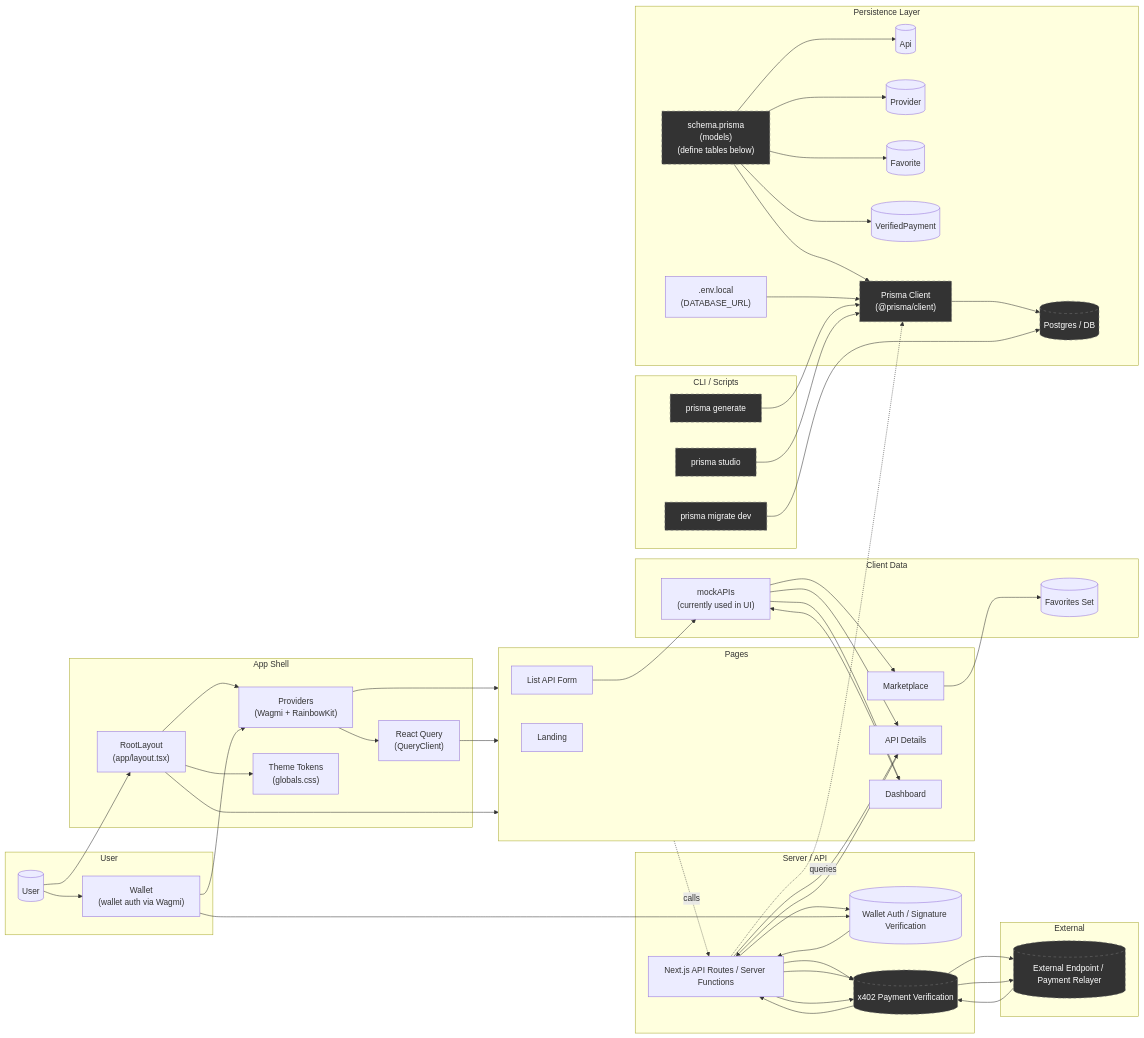
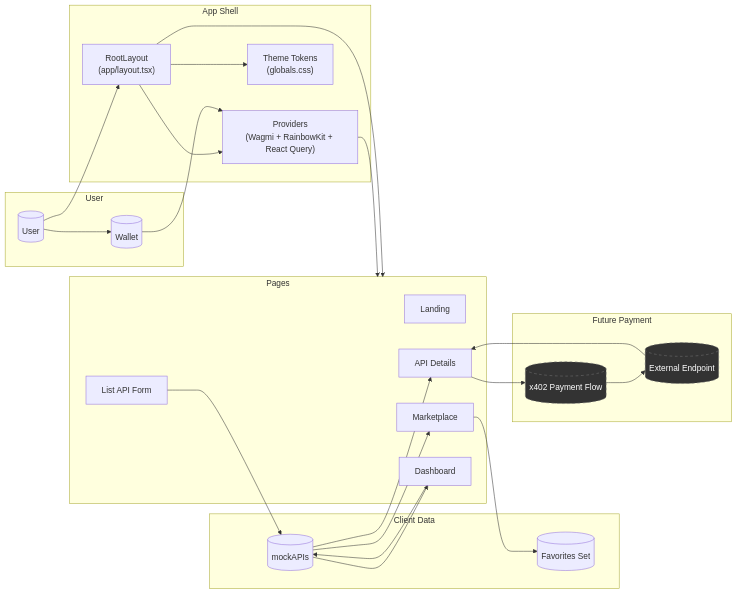
Before and after one commit to Yap101/Furo-MiniFYP: the diagram in proposal/architecture.mmd, drawn with Mermaid.

Commit message:
do old one

```diff
--- a/proposal/architecture.mmd
+++ b/proposal/architecture.mmd
@@ -1,104 +1,56 @@
 flowchart LR
-  %% Updated architecture with explicit Server/API layer, React Query, and models
-  %% Left-to-right layout for clarity
+  %% Simplified Data Flow for Furo API Marketplace
+  %% Orientation Left->Right to reduce crossings
 
   subgraph UserLayer[User]
     User[(User)]
-    Wallet["Wallet\n(wallet auth via Wagmi)"]
+    Wallet[(Wallet)]
     User --> Wallet
   end
 
   subgraph AppShell[App Shell]
     RootLayout["RootLayout\n(app/layout.tsx)"]
-    Providers["Providers\n(Wagmi + RainbowKit)"]
-    QueryClient["React Query\n(QueryClient)"]
+    Providers["Providers\n(Wagmi + RainbowKit + React Query)"]
     Theme["Theme Tokens\n(globals.css)"]
     RootLayout --> Providers
-    Providers --> QueryClient
     RootLayout --> Theme
   end
 
   subgraph Pages[Pages]
     Landing[Landing]
     Marketplace[Marketplace]
     API[API Details]
     ListAPI[List API Form]
     Dashboard[Dashboard]
   end
 
-  subgraph ClientState[Client Data]
-    MockAPIs["mockAPIs\n(currently used in UI)"]
+  subgraph Data[Client Data]
+    MockAPIs[(mockAPIs)]
     Favorites[(Favorites Set)]
   end
 
-  %% Server/API layer (recommended) sits between pages and DB
-  subgraph Server[Server / API]
-    NextAPI["Next.js API Routes / Server Functions"]
-  AuthSvc[(Wallet Auth / Signature Verification)]
-  PaymentSvc[(x402 Payment Verification)]
-    NextAPI --> AuthSvc
-    NextAPI --> PaymentSvc
-  end
-
-  subgraph Persistence[Persistence Layer]
-    Schema["schema.prisma\n(models)\n(define tables below)"]
-    ApiModel[(Api)]
-    ProviderModel[(Provider)]
-    FavoriteModel[(Favorite)]
-    PaymentModel[(VerifiedPayment)]
-    PrismaClient["Prisma Client\n(@prisma/client)"]
-    Env[".env.local\n(DATABASE_URL)"]
-    DB[(Postgres / DB)]
-    Schema --> ApiModel
-    Schema --> ProviderModel
-    Schema --> FavoriteModel
-    Schema --> PaymentModel
-    Schema --> PrismaClient
-    Env --> PrismaClient
-    PrismaClient --> DB
-  end
-
-  subgraph Tooling[CLI / Scripts]
-    Generate["prisma generate"]
-    Migrate["prisma migrate dev"]
-    Studio["prisma studio"]
-    Generate --> PrismaClient
-    Migrate --> DB
-    Studio --> PrismaClient
-  end
-
-  subgraph Future[External]
-    ExternalAPI[(External Endpoint / Payment Relayer)]
+  subgraph Future[Future Payment]
+    Payment[(x402 Payment Flow)]
+    ExternalAPI[(External Endpoint)]
   end
 
   %% High level flows
   User --> RootLayout
   Wallet --> Providers
   Providers --> Pages
-  QueryClient --> Pages
   RootLayout --> Pages
 
-  %% Client data and mock flow (current)
+  %% Data usage
   MockAPIs --> Marketplace
   MockAPIs --> API
   MockAPIs --> Dashboard
   Marketplace --> Favorites
   ListAPI --> MockAPIs
   Dashboard --> MockAPIs
 
-  %% Recommended runtime flow (Phase 2)
-  Pages -. calls .-> NextAPI
-  NextAPI -. queries .-> PrismaClient
-  NextAPI --> PaymentSvc
-  PaymentSvc --> ExternalAPI
+  %% Payment path (only API page)
+  API --> Payment --> ExternalAPI --> API
 
-  %% Auth flow (wallet -> server verifies signatures; providers stored by wallet address)
-  Wallet --> AuthSvc
-  AuthSvc --> NextAPI
-
-  %% Payment path (UI triggers, Server verifies/off-chain relayer)
-  API --> NextAPI --> PaymentSvc --> ExternalAPI --> PaymentSvc --> NextAPI --> API
-
-  %% Styling future / planned items
+  %% Styling future nodes
   classDef future fill:#333,stroke:#777,stroke-dasharray:5 5,color:#fff
-  class PaymentSvc,ExternalAPI,PrismaClient,DB,Schema,Generate,Migrate,Studio future
+  class Payment,ExternalAPI future
```
